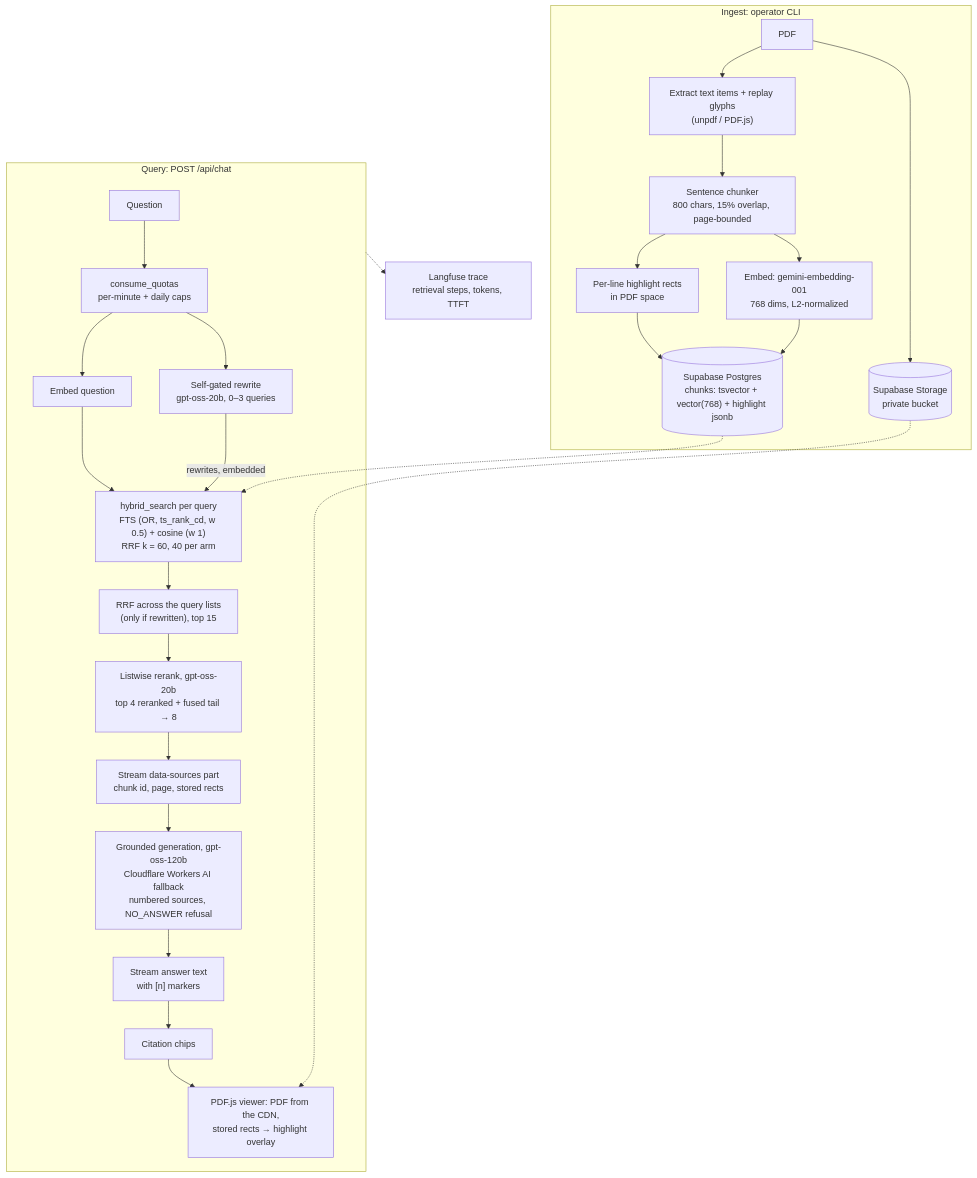
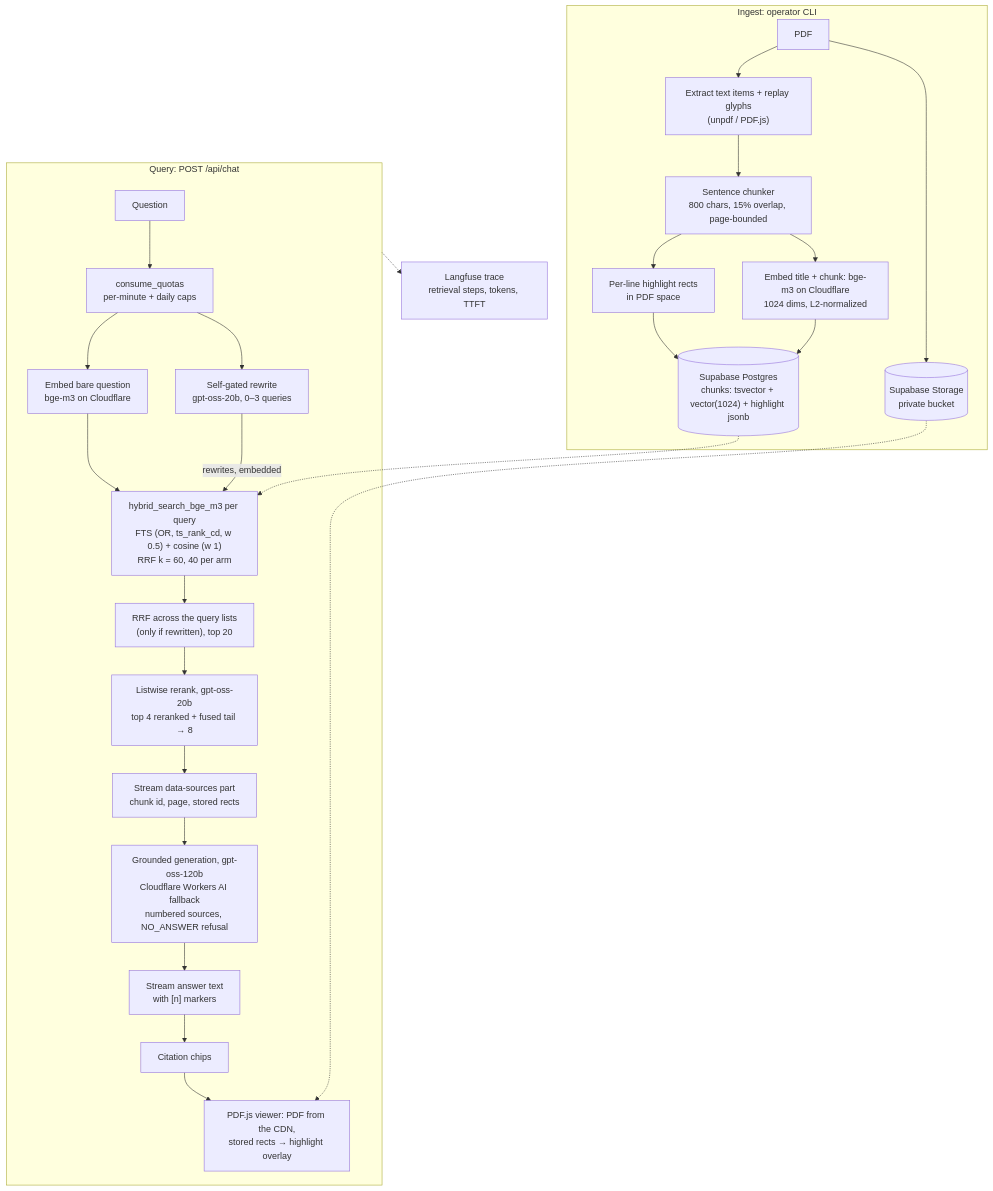
The diagram in README.md (elbay-malik/TruthBase), drawn with Mermaid before and after one commit. The commit also changed other lines of this file and 60 other files, not shown here.

Commit message:
feat: switch embeddings from Gemini to Cloudflare bge-m3

````diff
--- a/README.md
+++ b/README.md
@@ -43,31 +44,31 @@
 ```mermaid
 flowchart TD
   subgraph Ingest["Ingest: operator CLI"]
     PDF["PDF"] --> EXT["Extract text items + replay glyphs<br/>(unpdf / PDF.js)"]
     EXT --> CHUNK["Sentence chunker<br/>800 chars, 15% overlap, page-bounded"]
     CHUNK --> RECTS["Per-line highlight rects<br/>in PDF space"]
-    CHUNK --> EMB1["Embed: gemini-embedding-001<br/>768 dims, L2-normalized"]
-    RECTS --> DB[("Supabase Postgres<br/>chunks: tsvector + vector(768) + highlight jsonb")]
+    CHUNK --> EMB1["Embed title + chunk: bge-m3 on Cloudflare<br/>1024 dims, L2-normalized"]
+    RECTS --> DB[("Supabase Postgres<br/>chunks: tsvector + vector(1024) + highlight jsonb")]
     EMB1 --> DB
     PDF --> ST[("Supabase Storage<br/>private bucket")]
   end
 
   subgraph Query["Query: POST /api/chat"]
     Q["Question"] --> QUOTA["consume_quotas<br/>per-minute + daily caps"]
-    QUOTA --> EMB2["Embed question"]
+    QUOTA --> EMB2["Embed bare question<br/>bge-m3 on Cloudflare"]
     QUOTA --> RW["Self-gated rewrite<br/>gpt-oss-20b, 0–3 queries"]
-    EMB2 --> HS["hybrid_search per query<br/>FTS (OR, ts_rank_cd, w 0.5) + cosine (w 1)<br/>RRF k = 60, 40 per arm"]
+    EMB2 --> HS["hybrid_search_bge_m3 per query<br/>FTS (OR, ts_rank_cd, w 0.5) + cosine (w 1)<br/>RRF k = 60, 40 per arm"]
     RW -->|"rewrites, embedded"| HS
-    HS --> FUSE["RRF across the query lists<br/>(only if rewritten), top 15"]
+    HS --> FUSE["RRF across the query lists<br/>(only if rewritten), top 20"]
     FUSE --> RR["Listwise rerank, gpt-oss-20b<br/>top 4 reranked + fused tail → 8"]
     RR --> SRC["Stream data-sources part<br/>chunk id, page, stored rects"]
     SRC --> GEN["Grounded generation, gpt-oss-120b<br/>Cloudflare Workers AI fallback<br/>numbered sources, NO_ANSWER refusal"]
     GEN --> TXT["Stream answer text<br/>with [n] markers"]
     TXT --> CHIP["Citation chips"]
     CHIP --> VIEW["PDF.js viewer: PDF from the CDN,<br/>stored rects → highlight overlay"]
   end
 
   DB -.-> HS
   ST -.-> VIEW
   Query -.-> LF["Langfuse trace<br/>retrieval steps, tokens, TTFT"]
 ```
````
